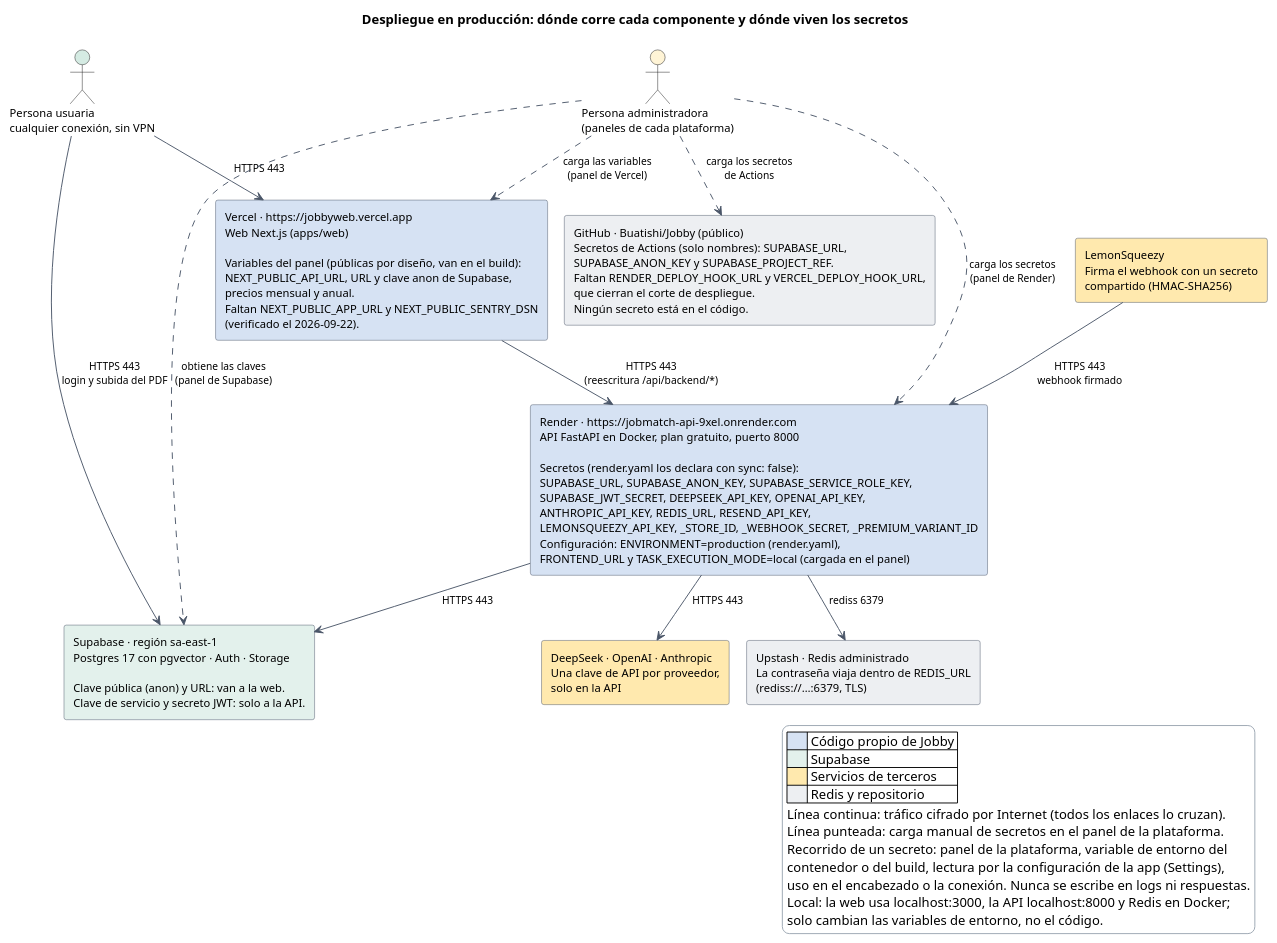
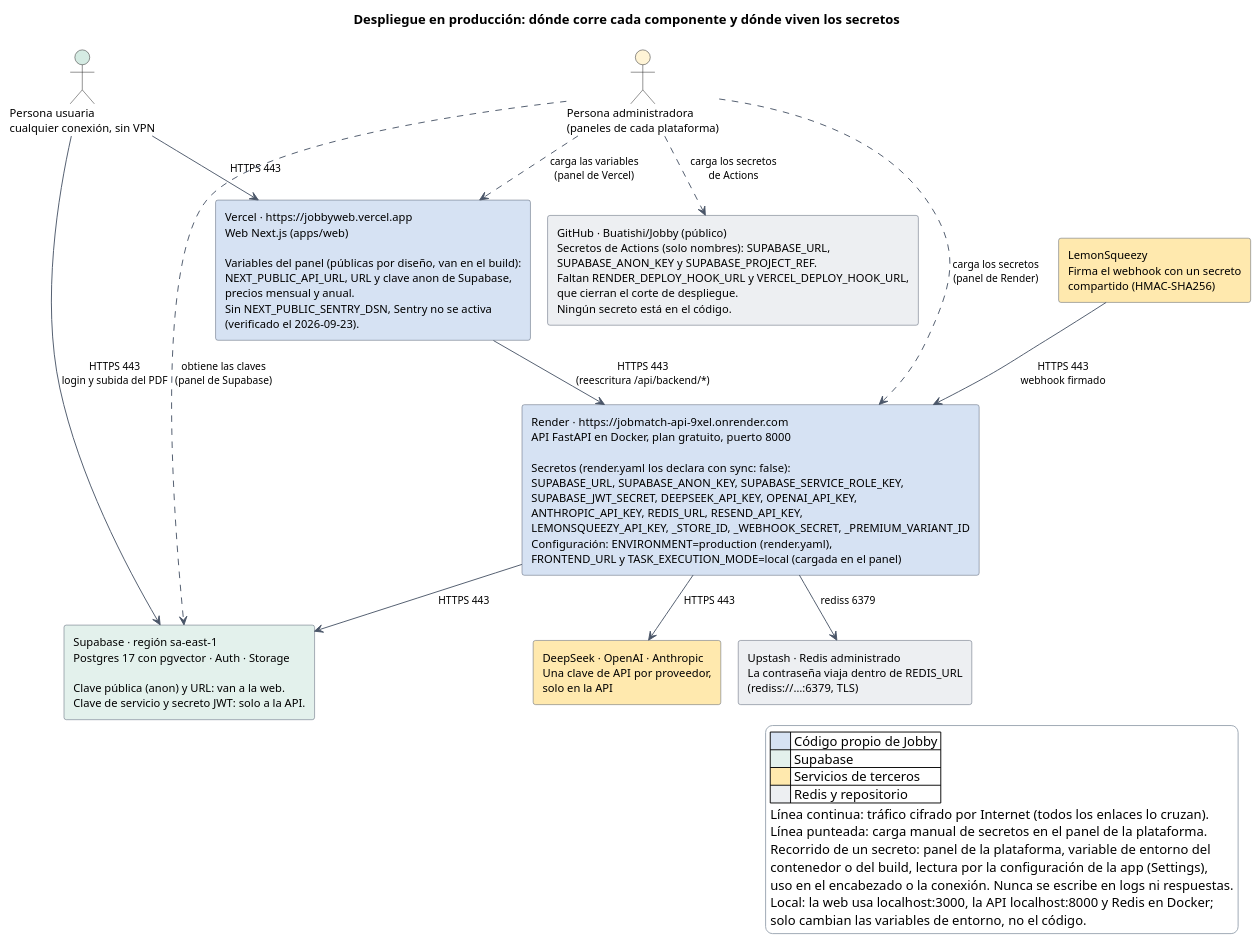
The diagram in docs/diagramas/despliegue-y-secretos.puml (Buatishi/Jobby), drawn with PlantUML before and after one commit. The commit also changed 5 other files, not shown here.

```diff
--- a/docs/diagramas/despliegue-y-secretos.puml
+++ b/docs/diagramas/despliegue-y-secretos.puml
@@ -1,61 +1,61 @@
 @startuml
 ' Despliegue de Jobby en producción, con la ubicación de los secretos. Verificado contra render.yaml, .env.example,
 ' README.md (En producción, Despliegue y Variables de entorno), apps/web/next.config.ts y las comprobaciones del 2026-09-21.
 ' Solo aparecen NOMBRES de variables; ningún valor.
 !pragma layout smetana
 top to bottom direction
 skinparam shadowing false
 skinparam defaultFontName Arial
 skinparam defaultFontSize 12
 skinparam ArrowColor #4A5568
 skinparam ArrowFontSize 11
 skinparam RectangleBorderColor #4A5568
 skinparam legendBackgroundColor #FFFFFF
 skinparam legendBorderColor #9AA5B1
 
 title Despliegue en producción: dónde corre cada componente y dónde viven los secretos
 
 actor "Persona usuaria\ncualquier conexión, sin VPN" as U #D5EBE3
 actor "Persona administradora\n(paneles de cada plataforma)" as ADM #FFF4D6
 
-rectangle "Vercel · https://jobbyweb.vercel.app\nWeb Next.js (apps/web)\n\nVariables del panel (públicas por diseño, van en el build):\nNEXT_PUBLIC_API_URL, URL y clave anon de Supabase,\nprecios mensual y anual.\nFaltan NEXT_PUBLIC_APP_URL y NEXT_PUBLIC_SENTRY_DSN\n(verificado el 2026-09-22)." as WEB #D6E2F3
+rectangle "Vercel · https://jobbyweb.vercel.app\nWeb Next.js (apps/web)\n\nVariables del panel (públicas por diseño, van en el build):\nNEXT_PUBLIC_API_URL, URL y clave anon de Supabase,\nprecios mensual y anual.\nSin NEXT_PUBLIC_SENTRY_DSN, Sentry no se activa\n(verificado el 2026-09-23)." as WEB #D6E2F3
 
 rectangle "Render · https://jobmatch-api-9xel.onrender.com\nAPI FastAPI en Docker, plan gratuito, puerto 8000\n\nSecretos (render.yaml los declara con sync: false):\nSUPABASE_URL, SUPABASE_ANON_KEY, SUPABASE_SERVICE_ROLE_KEY,\nSUPABASE_JWT_SECRET, DEEPSEEK_API_KEY, OPENAI_API_KEY,\nANTHROPIC_API_KEY, REDIS_URL, RESEND_API_KEY,\nLEMONSQUEEZY_API_KEY, _STORE_ID, _WEBHOOK_SECRET, _PREMIUM_VARIANT_ID\nConfiguración: ENVIRONMENT=production (render.yaml),\nFRONTEND_URL y TASK_EXECUTION_MODE=local (cargada en el panel)" as API #D6E2F3
 
 rectangle "Supabase · región sa-east-1\nPostgres 17 con pgvector · Auth · Storage\n\nClave pública (anon) y URL: van a la web.\nClave de servicio y secreto JWT: solo a la API." as SUP #E3F1EC
 
 rectangle "Upstash · Redis administrado\nLa contraseña viaja dentro de REDIS_URL\n(rediss://…:6379, TLS)" as RED #EDEFF2
 
 rectangle "DeepSeek · OpenAI · Anthropic\nUna clave de API por proveedor,\nsolo en la API" as IA #FFE9AE
 
 rectangle "LemonSqueezy\nFirma el webhook con un secreto\ncompartido (HMAC-SHA256)" as LS #FFE9AE
 
 rectangle "GitHub · Buatishi/Jobby (público)\nSecretos de Actions (solo nombres): SUPABASE_URL,\nSUPABASE_ANON_KEY y SUPABASE_PROJECT_REF.\nFaltan RENDER_DEPLOY_HOOK_URL y VERCEL_DEPLOY_HOOK_URL,\nque cierran el corte de despliegue.\nNingún secreto está en el código." as GH #EDEFF2
 
 U --> WEB : HTTPS 443
 U --> SUP : HTTPS 443\nlogin y subida del PDF
 WEB --> API : HTTPS 443\n(reescritura /api/backend/*)
 API --> SUP : HTTPS 443
 API --> RED : rediss 6379
 API --> IA : HTTPS 443
 LS --> API : HTTPS 443\nwebhook firmado
 
 ADM ..> WEB : carga las variables\n(panel de Vercel)
 ADM ..> API : carga los secretos\n(panel de Render)
 ADM ..> SUP : obtiene las claves\n(panel de Supabase)
 ADM ..> GH : carga los secretos\nde Actions
 
 legend right
   |<#D6E2F3>      | Código propio de Jobby |
   |<#E3F1EC>      | Supabase |
   |<#FFE9AE>      | Servicios de terceros |
   |<#EDEFF2>      | Redis y repositorio |
   Línea continua: tráfico cifrado por Internet (todos los enlaces lo cruzan).
   Línea punteada: carga manual de secretos en el panel de la plataforma.
   Recorrido de un secreto: panel de la plataforma, variable de entorno del
   contenedor o del build, lectura por la configuración de la app (Settings),
   uso en el encabezado o la conexión. Nunca se escribe en logs ni respuestas.
   Local: la web usa localhost:3000, la API localhost:8000 y Redis en Docker;
   solo cambian las variables de entorno, no el código.
 endlegend
 @enduml
```
